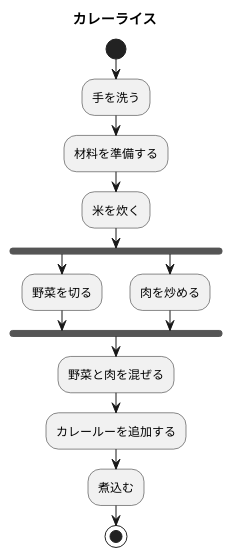
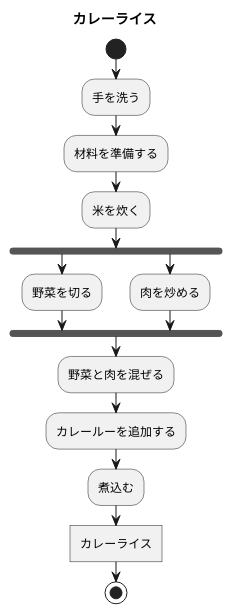
The diagram in 7章練習_ACカレーライス.pu (Nshikawakazuki/uml-intr), drawn with PlantUML before and after one commit.

```diff
--- a/7章練習_ACカレーライス.pu
+++ b/7章練習_ACカレーライス.pu
@@ -1,16 +1,17 @@
 @startuml カレーライス
 title カレーライス
 start
 :手を洗う;
 :材料を準備する;
 :米を炊く;
 fork
   :野菜を切る;
 fork again
   :肉を炒める;
 end fork
 :野菜と肉を混ぜる;
 :カレールーを追加する;
 :煮込む;
+:カレーライス]
 stop
 @enduml
```
